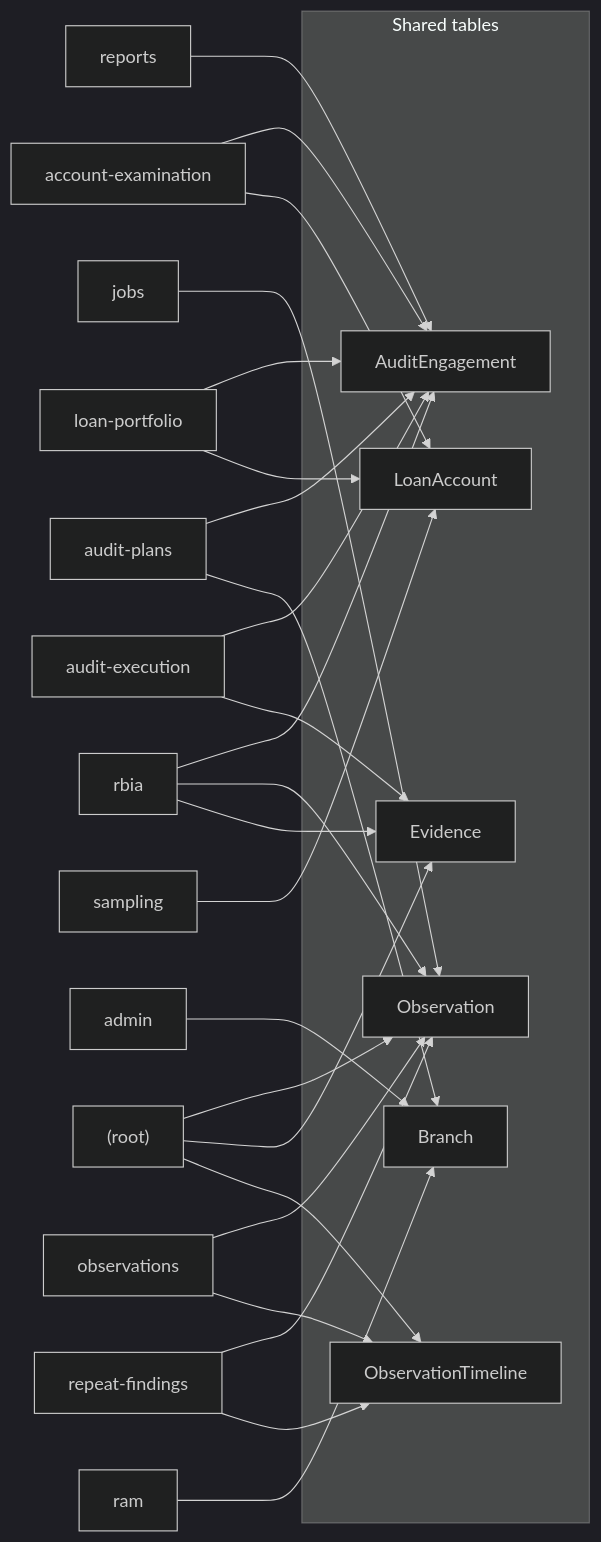
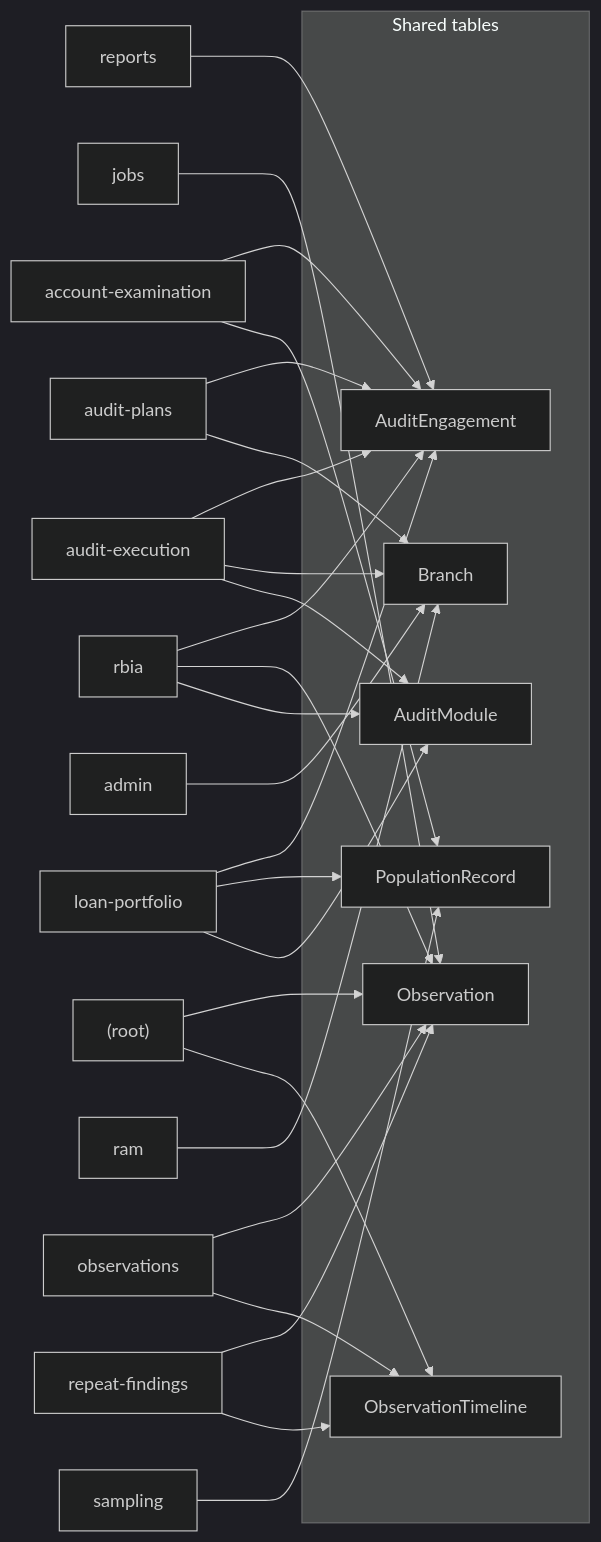
Before and after one commit to nc-sapiex/aegis-2: the first of 3 diagrams in docs/reference/data-flows.md, drawn with Mermaid (dark theme). The commit also changed other lines of this file and 147 other files, not shown here.

````diff
--- a/docs/reference/data-flows.md
+++ b/docs/reference/data-flows.md
@@ -74,47 +74,48 @@
 ```mermaid
 flowchart LR
     subgraph hubs [Shared tables]
         T_AuditEngagement["AuditEngagement"]
         T_Observation["Observation"]
-        T_LoanAccount["LoanAccount"]
         T_Branch["Branch"]
-        T_Evidence["Evidence"]
+        T_PopulationRecord["PopulationRecord"]
+        T_AuditModule["AuditModule"]
         T_ObservationTimeline["ObservationTimeline"]
     end
     D_account_examination["account-examination"]
     D_account_examination --> T_AuditEngagement
     D_audit_execution["audit-execution"]
     D_audit_execution --> T_AuditEngagement
     D_audit_plans["audit-plans"]
     D_audit_plans --> T_AuditEngagement
     D_loan_portfolio["loan-portfolio"]
     D_loan_portfolio --> T_AuditEngagement
     D_rbia["rbia"]
     D_rbia --> T_AuditEngagement
     D_reports["reports"]
     D_reports --> T_AuditEngagement
     D__root_["(root)"]
     D__root_ --> T_Observation
     D_jobs["jobs"]
     D_jobs --> T_Observation
     D_observations["observations"]
     D_observations --> T_Observation
     D_rbia --> T_Observation
     D_repeat_findings["repeat-findings"]
     D_repeat_findings --> T_Observation
-    D_account_examination --> T_LoanAccount
-    D_loan_portfolio --> T_LoanAccount
-    D_sampling["sampling"]
-    D_sampling --> T_LoanAccount
     D_admin["admin"]
     D_admin --> T_Branch
+    D_audit_execution --> T_Branch
     D_audit_plans --> T_Branch
     D_ram["ram"]
     D_ram --> T_Branch
-    D__root_ --> T_Evidence
-    D_audit_execution --> T_Evidence
-    D_rbia --> T_Evidence
+    D_account_examination --> T_PopulationRecord
+    D_loan_portfolio --> T_PopulationRecord
+    D_sampling["sampling"]
+    D_sampling --> T_PopulationRecord
+    D_audit_execution --> T_AuditModule
+    D_loan_portfolio --> T_AuditModule
+    D_rbia --> T_AuditModule
     D__root_ --> T_ObservationTimeline
     D_observations --> T_ObservationTimeline
     D_repeat_findings --> T_ObservationTimeline
 ```
````
